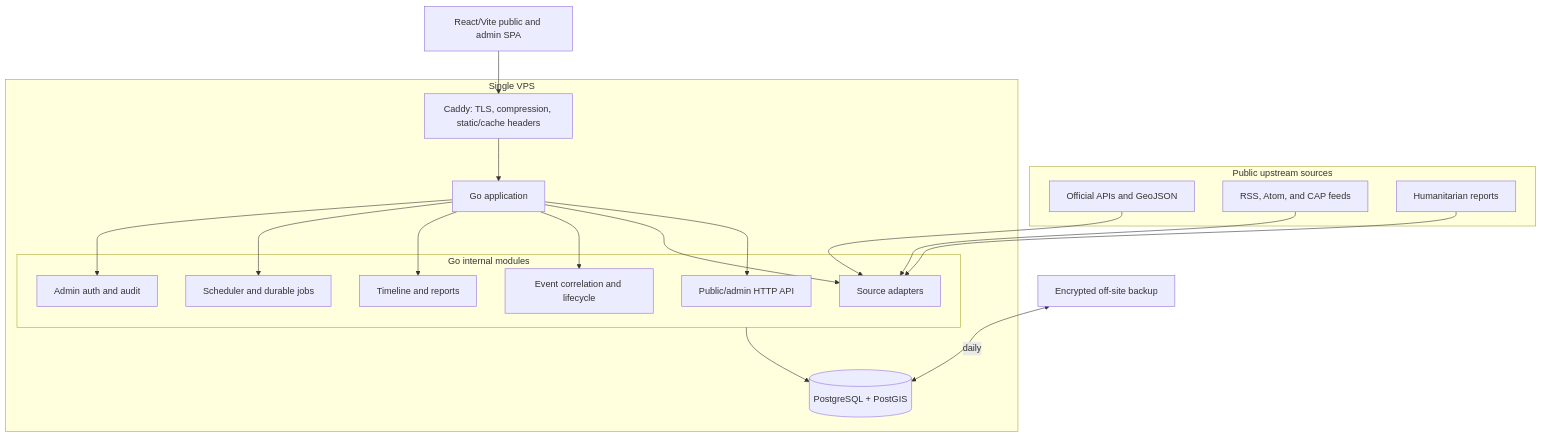
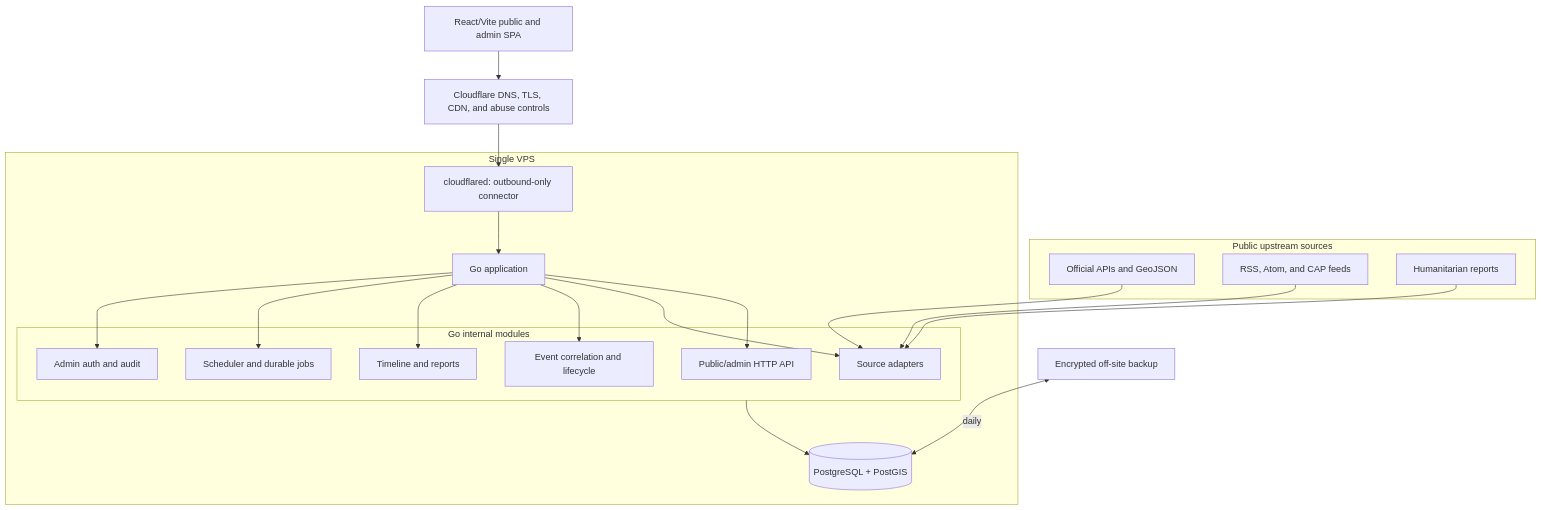
Before and after one commit to prabhavalabs/atlas: the diagram in docs/05-architecture.md, drawn with Mermaid. The commit also changed other lines of this file and 144 other files, not shown here.

````diff
--- a/docs/05-architecture.md
+++ b/docs/05-architecture.md
@@ -7,38 +7,39 @@
 ```mermaid
 flowchart TB
     subgraph Upstream["Public upstream sources"]
         APIs["Official APIs and GeoJSON"]
         Feeds["RSS, Atom, and CAP feeds"]
         Reports["Humanitarian reports"]
     end
 
     subgraph VPS["Single VPS"]
-        Caddy["Caddy: TLS, compression, static/cache headers"]
+        Tunnel["cloudflared: outbound-only connector"]
         App["Go application"]
         DB[("PostgreSQL + PostGIS")]
 
         subgraph Modules["Go internal modules"]
             HTTP["Public/admin HTTP API"]
             Ingest["Source adapters"]
             Events["Event correlation and lifecycle"]
             Editorial["Timeline and reports"]
             Jobs["Scheduler and durable jobs"]
             Auth["Admin auth and audit"]
         end
 
-        Caddy --> App
+        Tunnel --> App
         App --> HTTP
         App --> Ingest
         App --> Events
         App --> Editorial
         App --> Jobs
         App --> Auth
         Modules --> DB
     end
 
     APIs --> Ingest
     Feeds --> Ingest
     Reports --> Ingest
-    Browser["React/Vite public and admin SPA"] --> Caddy
+    Edge["Cloudflare DNS, TLS, CDN, and abuse controls"] --> Tunnel
+    Browser["React/Vite public and admin SPA"] --> Edge
     Backup["Encrypted off-site backup"] <-->|"daily"| DB
 ```
````
